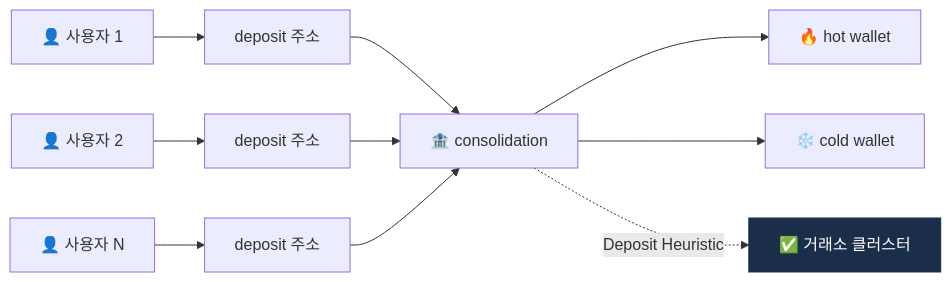
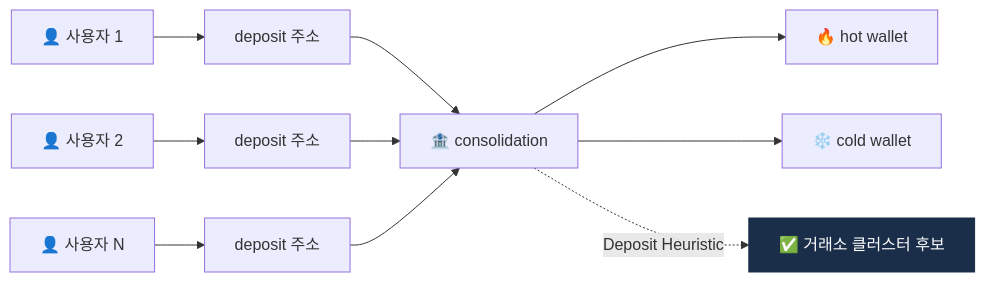
One commit to lala-david/aml-notes changed the first of 2 diagrams in curriculum/day_31.md. Above: the diagram before and after it, drawn with Mermaid. The commit also changed other lines of this file and 233 other files, not shown here.

````diff
--- a/curriculum/day_31.md
+++ b/curriculum/day_31.md
@@ -13,11 +13,11 @@
 ```mermaid
 flowchart LR
     U1["👤 사용자 1"] --> D1["deposit 주소"]
     U2["👤 사용자 2"] --> D2["deposit 주소"]
     U3["👤 사용자 N"] --> DN["deposit 주소"]
     D1 & D2 & DN --> C["🏦 consolidation"]
     C --> H["🔥 hot wallet"]
     C --> CW["❄️ cold wallet"]
-    C -.Deposit Heuristic.-> EX["✅ 거래소 클러스터"]
+    C -.Deposit Heuristic.-> EX["✅ 거래소 클러스터 후보"]
     style EX fill:#1a2e4a,color:#fff,stroke:#1a2e4a
 ```
````
